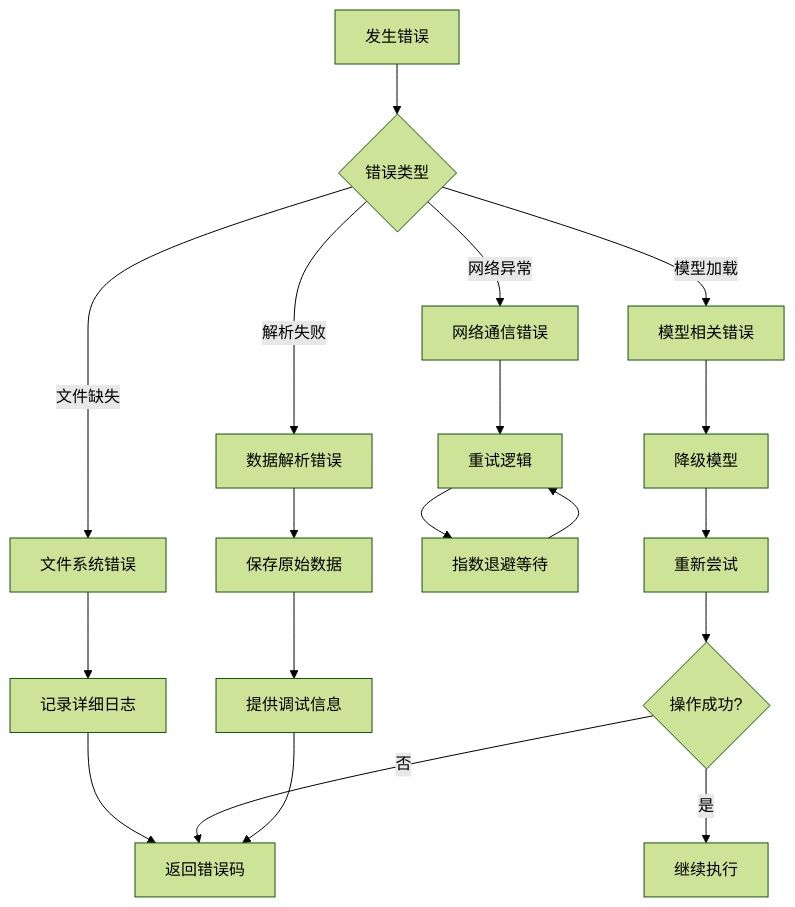
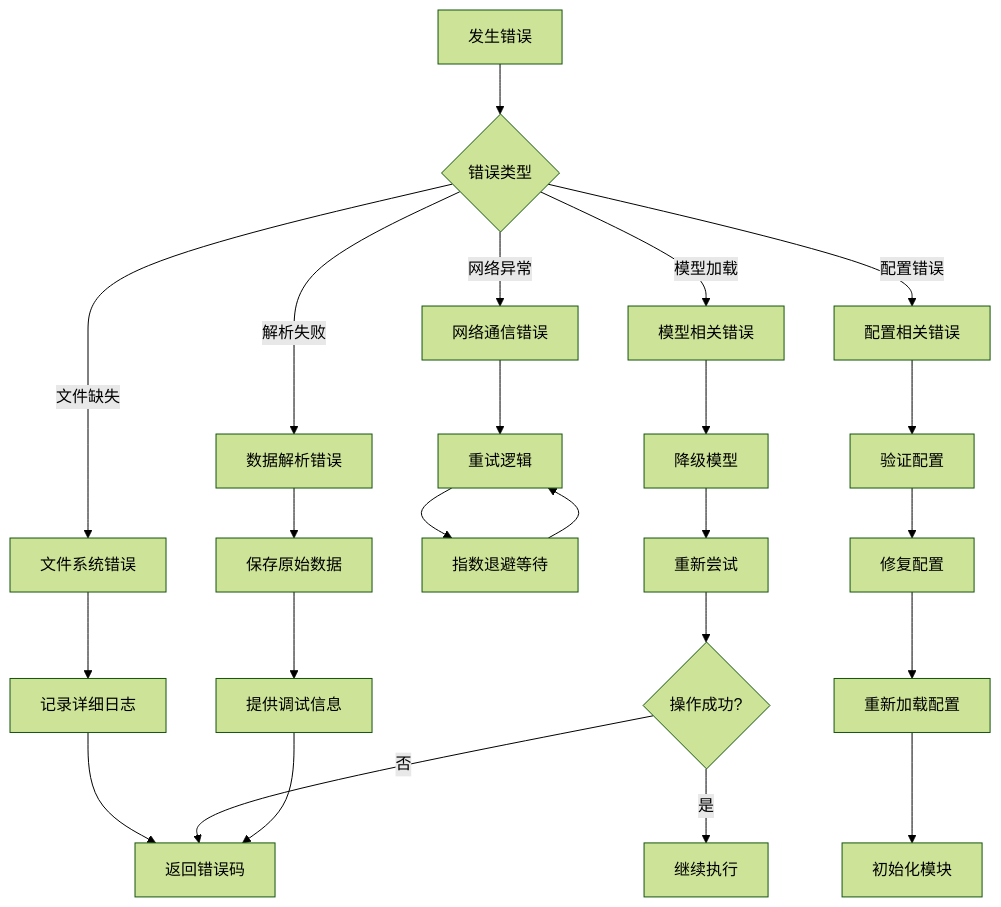
Before and after one commit to WongMingJiu/landingpage-test-hero-page: diagram 14 of 14 in .qoder/repowiki/zh/content/核心模块详解/核心模块详解.md, drawn with Mermaid (forest theme). The commit also changed other lines of this file and 6 other files, not shown here.

````diff
--- a/.qoder/repowiki/zh/content/核心模块详解/核心模块详解.md
+++ b/.qoder/repowiki/zh/content/核心模块详解/核心模块详解.md
@@ -425,21 +524,26 @@
 ```mermaid
 flowchart TD
 ERROR[发生错误] --> CHECK_TYPE{错误类型}
 CHECK_TYPE --> |文件缺失| FILE_ERROR[文件系统错误]
 CHECK_TYPE --> |网络异常| NETWORK_ERROR[网络通信错误]
 CHECK_TYPE --> |模型加载| MODEL_ERROR[模型相关错误]
 CHECK_TYPE --> |解析失败| PARSER_ERROR[数据解析错误]
+CHECK_TYPE --> |配置错误| CONFIG_ERROR[配置相关错误]
 FILE_ERROR --> LOG_ERROR[记录详细日志]
 NETWORK_ERROR --> RETRY_LOGIC[重试逻辑]
 MODEL_ERROR --> FALLBACK_MODEL[降级模型]
 PARSER_ERROR --> SAVE_RAW[保存原始数据]
+CONFIG_ERROR --> VALIDATE_CONFIG[验证配置]
 LOG_ERROR --> RETURN_CODE[返回错误码]
 RETRY_LOGIC --> BACKOFF_WAIT[指数退避等待]
 FALLBACK_MODEL --> TRY_AGAIN[重新尝试]
 SAVE_RAW --> DEBUG_INFO[提供调试信息]
+VALIDATE_CONFIG --> FIX_CONFIG[修复配置]
 BACKOFF_WAIT --> RETRY_LOGIC
 TRY_AGAIN --> CHECK_SUCCESS{操作成功?}
 CHECK_SUCCESS --> |是| CONTINUE[继续执行]
 CHECK_SUCCESS --> |否| RETURN_CODE
+FIX_CONFIG --> RELOAD_CONFIG[重新加载配置]
+RELOAD_CONFIG --> INIT_MODULES[初始化模块]
 DEBUG_INFO --> RETURN_CODE
 ```
````
